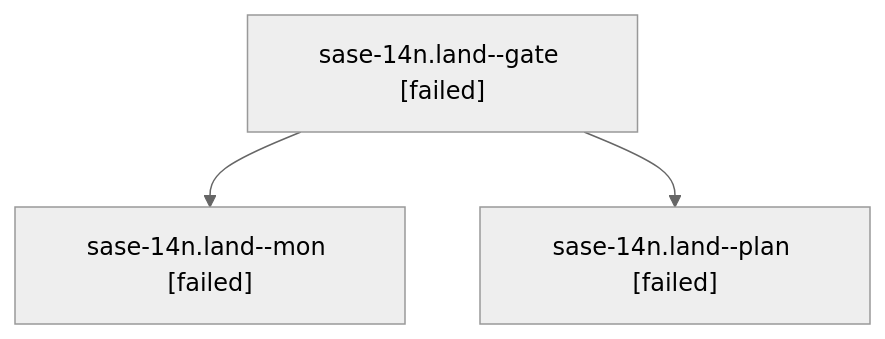
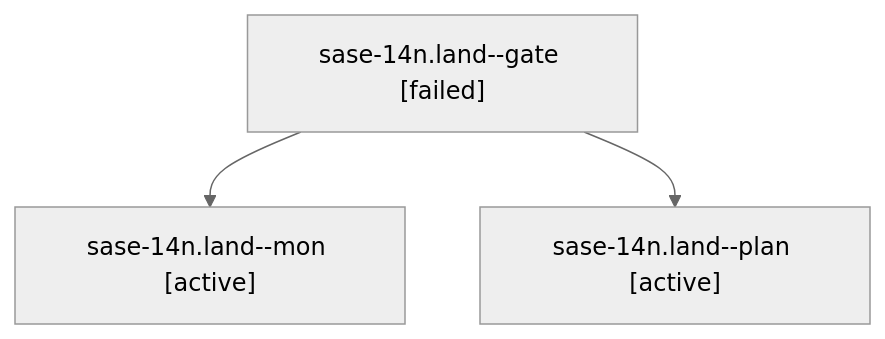
One commit to sase-org/sase--agents changed the diagram in families/bbugyi200.athena.sase-14n.land.md. Above: the diagram before and after it, drawn with Mermaid (neutral theme). The commit also changed other lines of this file and 35830 other files, not shown here.

````diff
--- a/families/bbugyi200.athena.sase-14n.land.md
+++ b/families/bbugyi200.athena.sase-14n.land.md
@@ -9,8 +9,8 @@
 ```mermaid
 flowchart TD
   n0["sase-14n.land--gate [failed]"]
-  n1["sase-14n.land--mon [failed]"]
+  n1["sase-14n.land--mon [active]"]
   n0 --> n1
-  n2["sase-14n.land--plan [failed]"]
+  n2["sase-14n.land--plan [active]"]
   n0 --> n2
 ```
````
